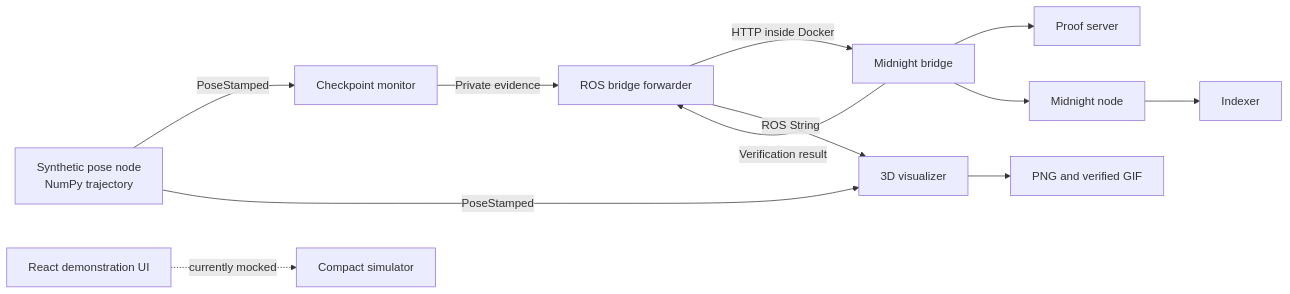
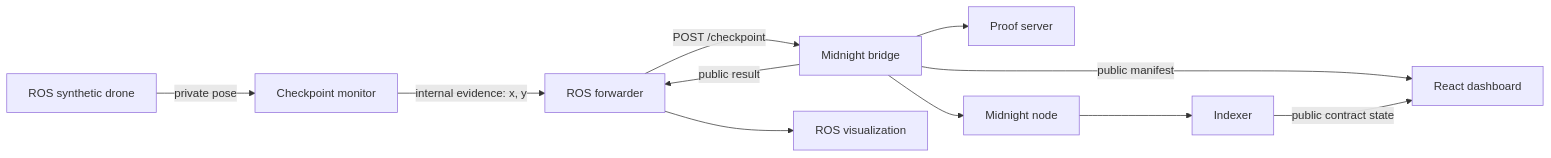
Before and after one commit to Toyin5/midnight-swarm: the diagram in ARCHITECTURE.md, drawn with Mermaid. The commit also changed other lines of this file and 25 other files, not shown here.

Commit message:
feat: unify ROS bridge and live dashboard

````diff
--- a/ARCHITECTURE.md
+++ b/ARCHITECTURE.md
@@ -14,14 +5,13 @@
 ```mermaid
 flowchart LR
-    S[Synthetic pose node<br/>NumPy trajectory] -->|PoseStamped| M[Checkpoint monitor]
-    S -->|PoseStamped| V[3D visualizer]
-    M -->|Private evidence| F[ROS bridge forwarder]
-    F -->|HTTP inside Docker| B[Midnight bridge]
-    B --> P[Proof server]
-    B --> N[Midnight node]
-    N --> I[Indexer]
-    B -->|Verification result| F
-    F -->|ROS String| V
-    V --> O[PNG and verified GIF]
-    W[React demonstration UI] -. currently mocked .-> C[Compact simulator]
+    R["ROS synthetic drone"] -->|"private pose"| M["Checkpoint monitor"]
+    M -->|"internal evidence: x, y"| F["ROS forwarder"]
+    F -->|"POST /checkpoint"| B["Midnight bridge"]
+    B --> P["Proof server"]
+    B --> N["Midnight node"]
+    N --> I["Indexer"]
+    B -->|"public result"| F
+    F --> V["ROS visualization"]
+    B -->|"public manifest"| W["React dashboard"]
+    I -->|"public contract state"| W
 ```
````
